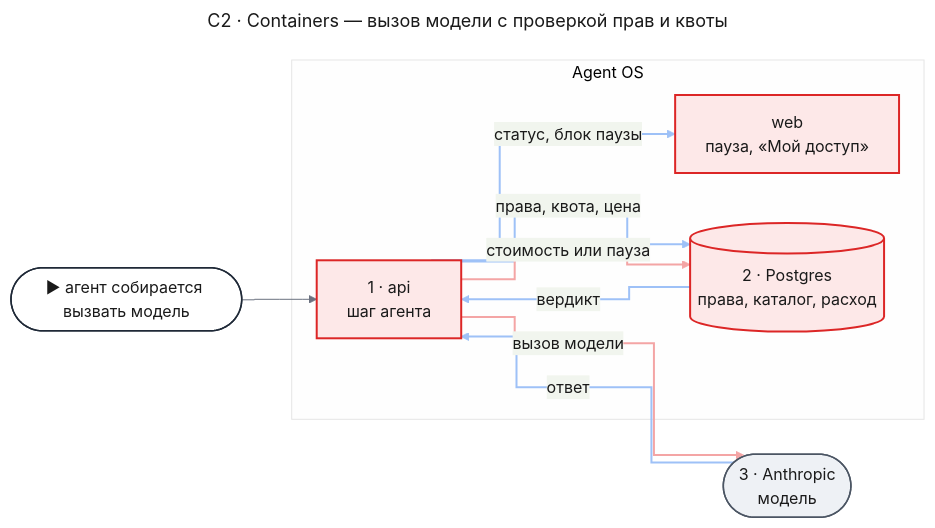
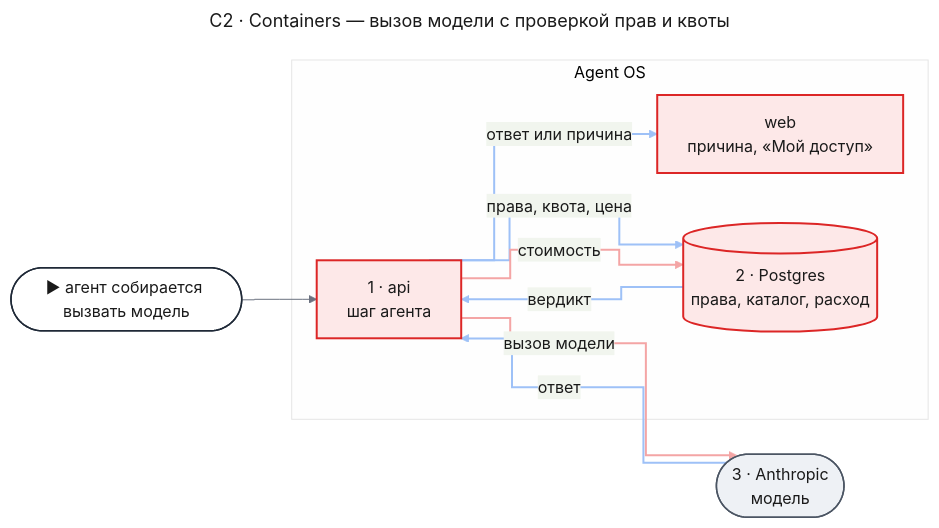
Before and after one commit to tundraray/agent-os: the first of 6 diagrams in docs/features/enterprise-access/design-access.md, drawn with Mermaid. The commit also changed other lines of this file and 2 other files, not shown here.

````diff
--- a/docs/features/enterprise-access/design-access.md
+++ b/docs/features/enterprise-access/design-access.md
@@ -205,52 +187,52 @@
 ```mermaid
 ---
 title: "C2 · Containers — вызов модели с проверкой прав и квоты"
 config:
   theme: base
   look: classic
   themeVariables:
     primaryColor: "#eef1f5"
     primaryBorderColor: "#4b5563"
     primaryTextColor: "#1a1a1a"
     lineColor: "#6b7280"
   flowchart:
     curve: step
   themeCSS: |
     @keyframes lit_ac2{0%,15%{stroke:#991b1b;stroke-width:6px}16.67%,100%{stroke:#f4a5a5;stroke-width:2px}}
     @keyframes litr_ac2{0%,15%{stroke:#1d4ed8;stroke-width:6px}16.67%,100%{stroke:#9ec1f7;stroke-width:2px}}
 ---
 flowchart LR
     entry(["▶ агент собирается вызвать модель"])
     subgraph aos["Agent OS"]
-        web["web<br/>пауза, «Мой доступ»"]
+        web["web<br/>причина, «Мой доступ»"]
         api["1 · api<br/>шаг агента"]
         db[("2 · Postgres<br/>права, каталог, расход")]
     end
     llm(["3 · Anthropic<br/>модель"])
     entry --> api
     api e1@-->|"права, квота, цена"| db
     db e2@-->|"вердикт"| api
     api e3@-->|"вызов модели"| llm
     llm e4@-->|"ответ"| api
-    api e5@-->|"стоимость или пауза"| db
-    api e6@-->|"статус, блок паузы"| web
+    api e5@-->|"стоимость"| db
+    api e6@-->|"ответ или причина"| web
     classDef entry fill:#ffffff,stroke:#1f2937,stroke-width:1.5px,color:#1a1a1a
     classDef changed fill:#fde8e8,stroke:#dc2626,stroke-width:2px,color:#1a1a1a
     classDef new fill:#e6f4ea,stroke:#16a34a,stroke-width:2px,color:#1a1a1a
     classDef unchanged fill:#eef1f5,stroke:#4b5563,stroke-width:1.5px,color:#1a1a1a
     classDef r1 stroke:#9ec1f7,stroke-width:2px,animation:litr_ac2 7.2s linear 0s infinite
     classDef r2 stroke:#9ec1f7,stroke-width:2px,animation:litr_ac2 7.2s linear 1.2s infinite
     classDef w1 stroke:#f4a5a5,stroke-width:2px,animation:lit_ac2 7.2s linear 2.4s infinite
     classDef r3 stroke:#9ec1f7,stroke-width:2px,animation:litr_ac2 7.2s linear 3.6s infinite
     classDef w2 stroke:#f4a5a5,stroke-width:2px,animation:lit_ac2 7.2s linear 4.8s infinite
     classDef r4 stroke:#9ec1f7,stroke-width:2px,animation:litr_ac2 7.2s linear 6s infinite
     class entry entry
     class web,api,db changed
     class llm unchanged
     class e1 r1
     class e2 r2
     class e3 w1
     class e4 r3
     class e5 w2
     class e6 r4
 ```
````
